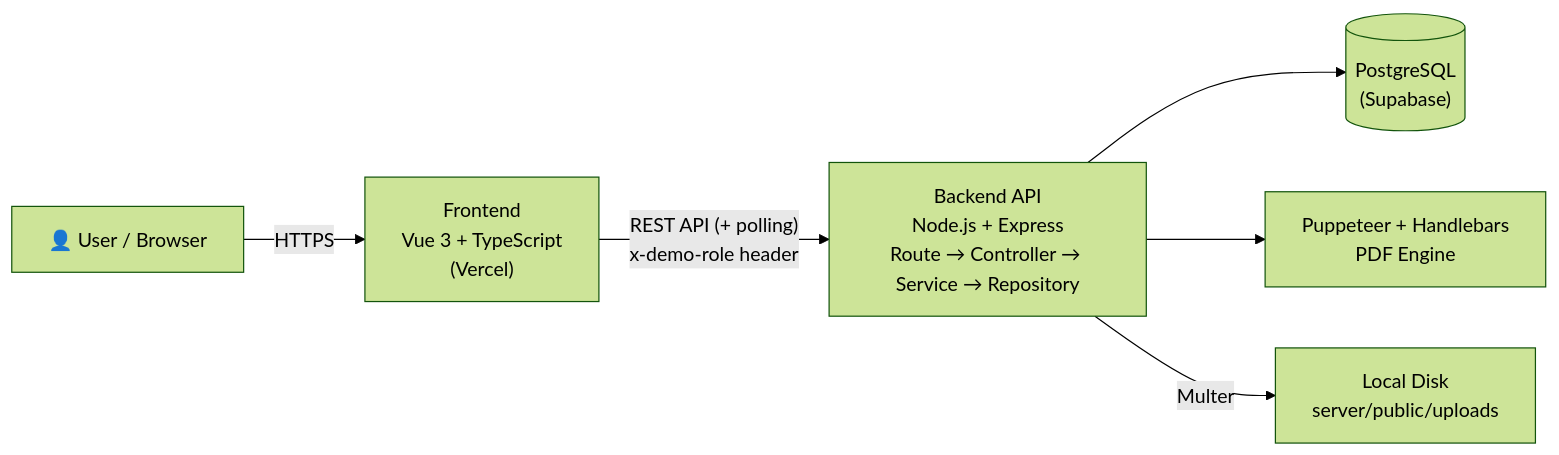
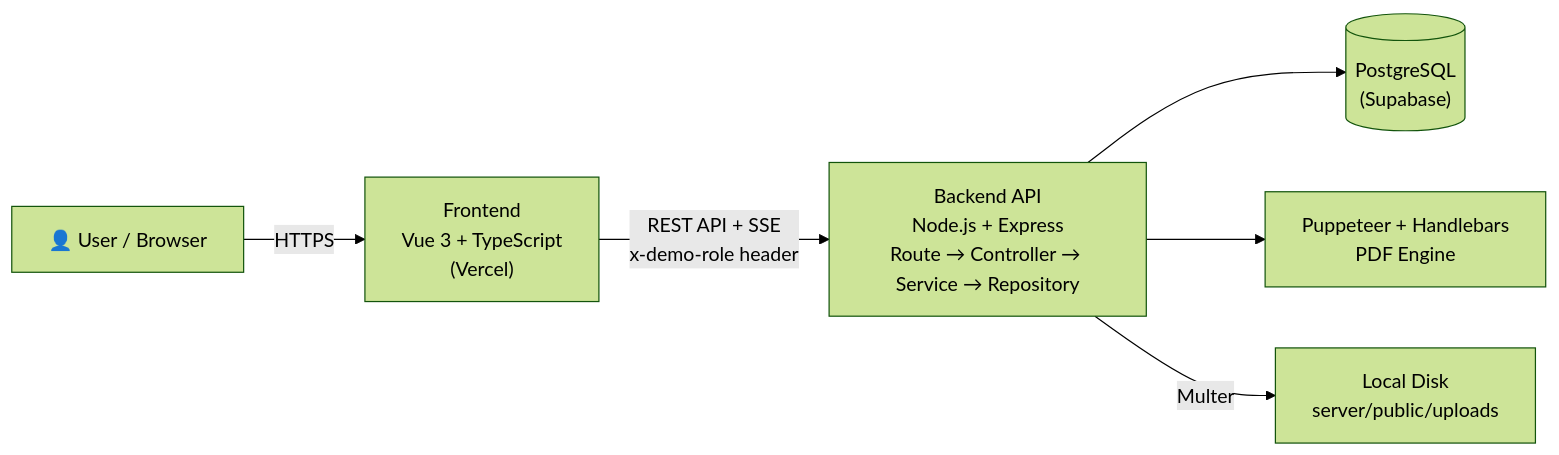
One commit to golffer420014/Inventory-Stock-System changed the second of 2 diagrams in README.md. Above: the diagram before and after it, drawn with Mermaid (forest theme). The commit also changed other lines of this file and 12 other files, not shown here.

````diff
--- a/README.md
+++ b/README.md
@@ -196,8 +195,8 @@
 ```mermaid
 graph LR
     U["👤 User / Browser"] -->|HTTPS| FE["Frontend<br/>Vue 3 + TypeScript<br/>(Vercel)"]
-    FE -->|"REST API (+ polling)<br/>x-demo-role header"| BE["Backend API<br/>Node.js + Express<br/>Route → Controller → Service → Repository"]
+    FE -->|"REST API + SSE<br/>x-demo-role header"| BE["Backend API<br/>Node.js + Express<br/>Route → Controller → Service → Repository"]
     BE --> DB[("PostgreSQL<br/>(Supabase)")]
     BE --> PDF["Puppeteer + Handlebars<br/>PDF Engine"]
     BE -->|Multer| FS["Local Disk<br/>server/public/uploads"]
 ```
````
